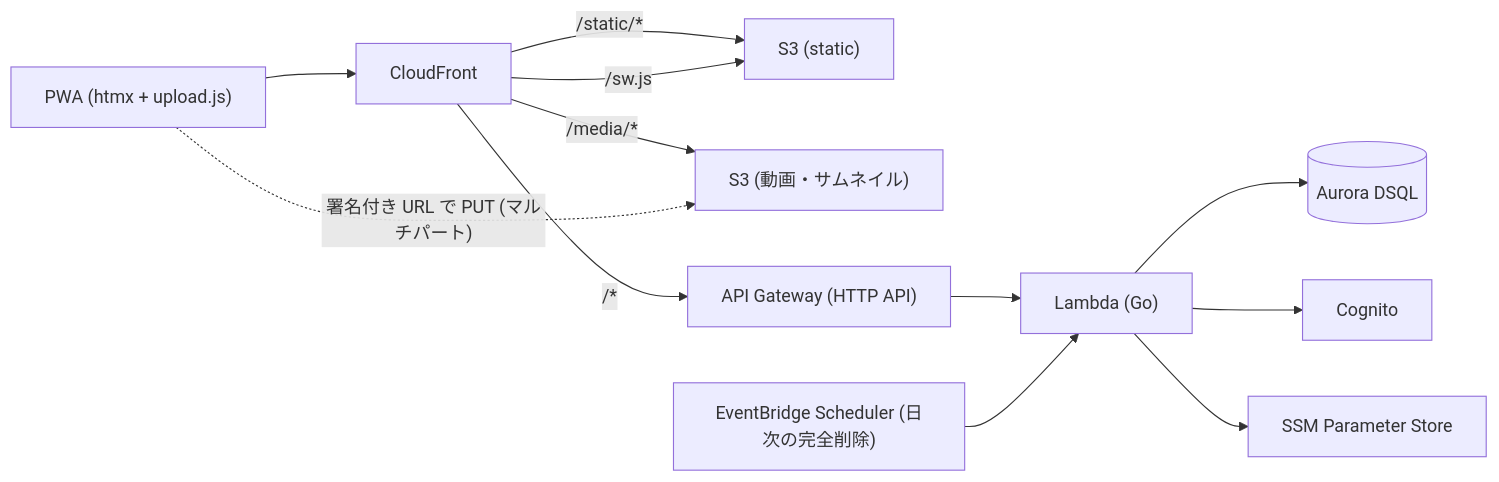
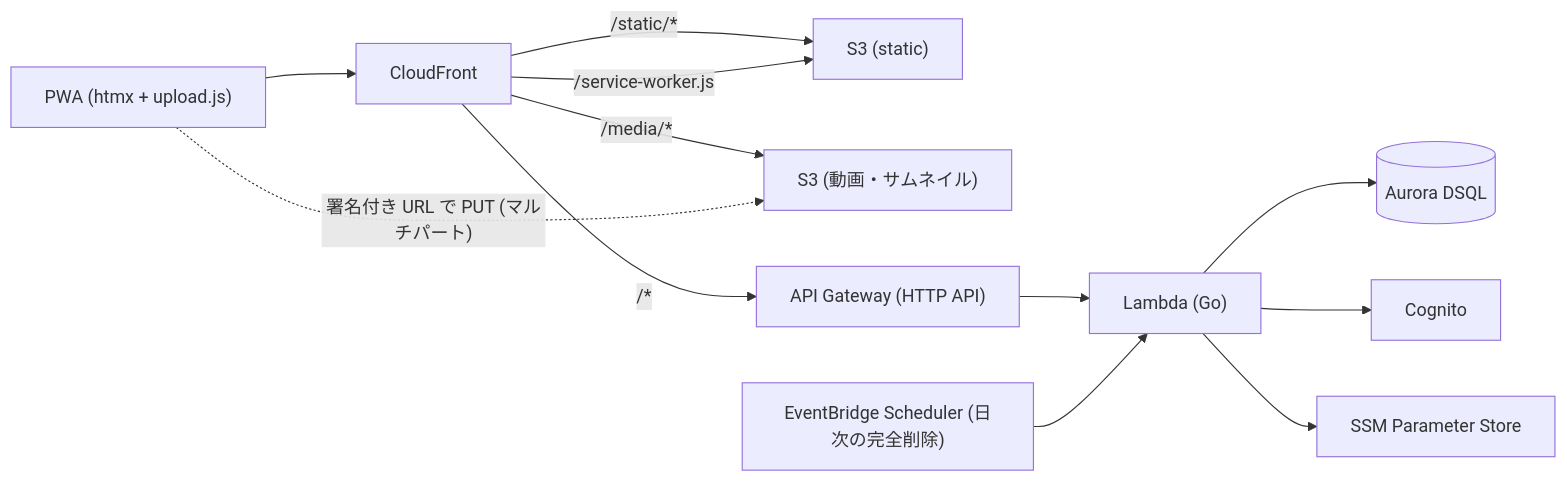
The diagram in docs/architecture.md (Inouey1008/family-video), drawn with Mermaid before and after one commit. The commit also changed other lines of this file and 1 other file, not shown here.

First line of the commit message:
docs: Service Worker のファイル名を service-worker.js にする

````diff
--- a/docs/architecture.md
+++ b/docs/architecture.md
@@ -22,24 +22,24 @@
 ```mermaid
 flowchart LR
   PWA["PWA (htmx + upload.js)"]
   CF["CloudFront"]
   S3S["S3 (static)"]
   S3M["S3 (動画・サムネイル)"]
   APIGW["API Gateway (HTTP API)"]
   L["Lambda (Go)"]
   DB[("Aurora DSQL")]
   COG["Cognito"]
   SSM["SSM Parameter Store"]
 
   PWA --> CF
   CF -->|"/static/*"| S3S
-  CF -->|"/sw.js"| S3S
+  CF -->|"/service-worker.js"| S3S
   CF -->|"/media/*"| S3M
   CF -->|"/*"| APIGW
   APIGW --> L
   SCH["EventBridge Scheduler (日次の完全削除)"] --> L
   L --> DB
   L --> COG
   L --> SSM
   PWA -.->|"署名付き URL で PUT (マルチパート)"| S3M
 ```
````
